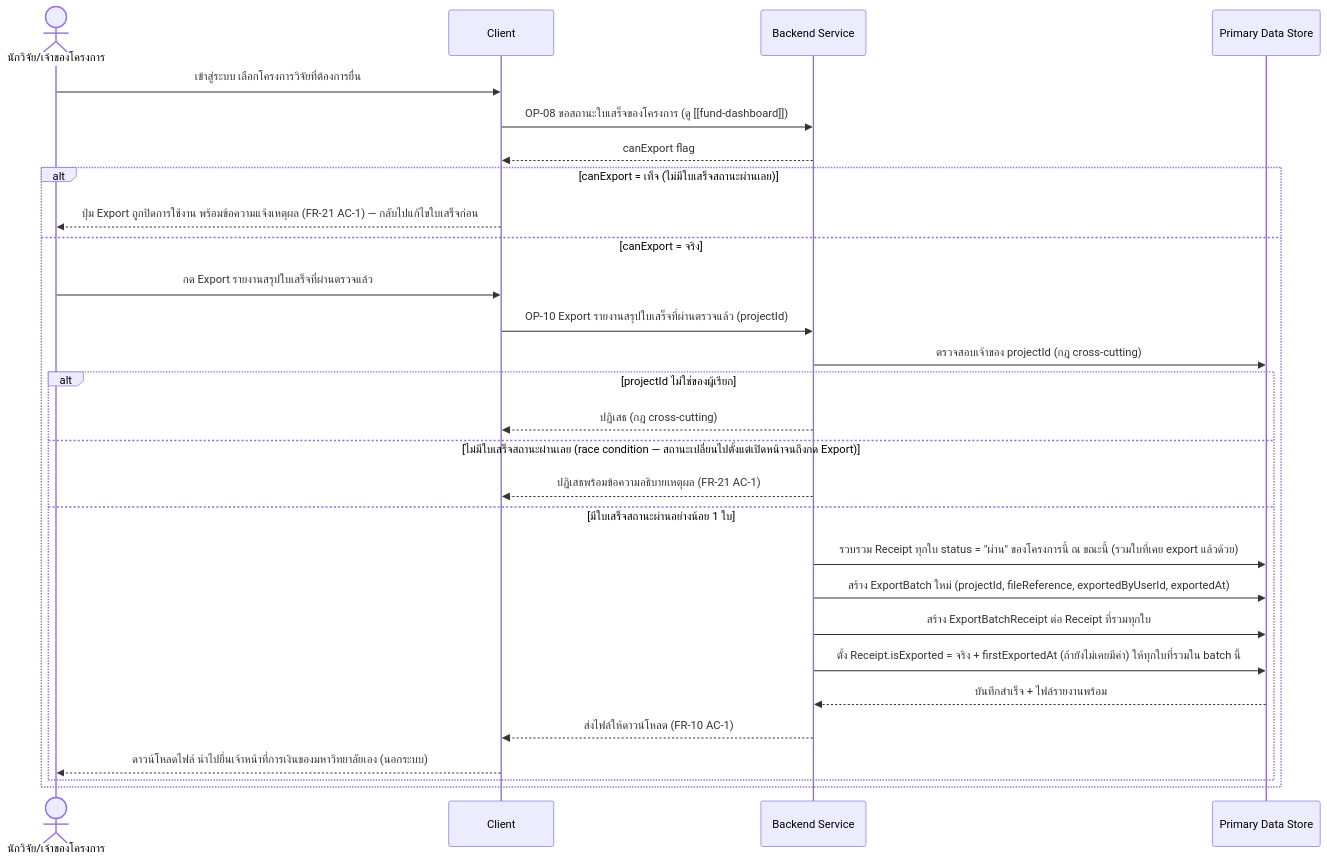
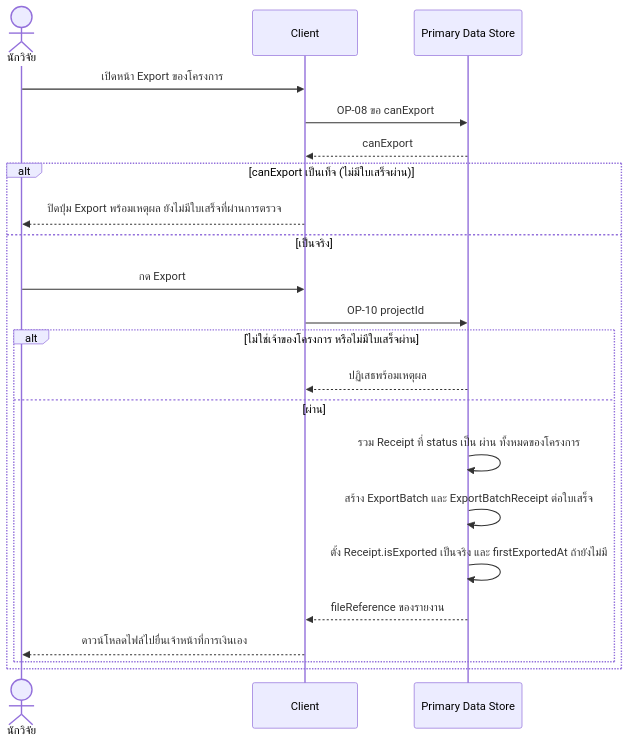
One commit to ptrsswnr/Grant-Receipt-Assistant changed the first of 2 diagrams in docs/02-design/02-technical/detailed-design/export-verified-report.md. Above: the diagram before and after it, drawn with Mermaid. The commit also changed other lines of this file and 27 other files, not shown here.

````diff
--- a/docs/02-design/02-technical/detailed-design/export-verified-report.md
+++ b/docs/02-design/02-technical/detailed-design/export-verified-report.md
@@ -31,31 +26,25 @@
 ```mermaid
 sequenceDiagram
-    actor R as นักวิจัย/เจ้าของโครงการ
+    actor R as นักวิจัย
     participant C as Client
-    participant B as Backend Service
     participant DS as Primary Data Store
 
-    R->>C: เข้าสู่ระบบ เลือกโครงการวิจัยที่ต้องการยื่น
-    C->>B: OP-08 ขอสถานะใบเสร็จของโครงการ (ดู [[fund-dashboard]])
-    B-->>C: canExport flag
-    alt canExport = เท็จ (ไม่มีใบเสร็จสถานะผ่านเลย)
-        C-->>R: ปุ่ม Export ถูกปิดการใช้งาน พร้อมข้อความแจ้งเหตุผล (FR-21 AC-1) — กลับไปแก้ไขใบเสร็จก่อน
-    else canExport = จริง
-        R->>C: กด Export รายงานสรุปใบเสร็จที่ผ่านตรวจแล้ว
-        C->>B: OP-10 Export รายงานสรุปใบเสร็จที่ผ่านตรวจแล้ว (projectId)
-        B->>DS: ตรวจสอบเจ้าของ projectId (กฎ cross-cutting)
-        alt projectId ไม่ใช่ของผู้เรียก
-            B-->>C: ปฏิเสธ (กฎ cross-cutting)
-        else ไม่มีใบเสร็จสถานะผ่านเลย (race condition — สถานะเปลี่ยนไปตั้งแต่เปิดหน้าจนถึงกด Export)
-            B-->>C: ปฏิเสธพร้อมข้อความอธิบายเหตุผล (FR-21 AC-1)
-        else มีใบเสร็จสถานะผ่านอย่างน้อย 1 ใบ
-            B->>DS: รวบรวม Receipt ทุกใบ status = "ผ่าน" ของโครงการนี้ ณ ขณะนี้ (รวมใบที่เคย export แล้วด้วย)
-            B->>DS: สร้าง ExportBatch ใหม่ (projectId, fileReference, exportedByUserId, exportedAt)
-            B->>DS: สร้าง ExportBatchReceipt ต่อ Receipt ที่รวมทุกใบ
-            B->>DS: ตั้ง Receipt.isExported = จริง + firstExportedAt (ถ้ายังไม่เคยมีค่า) ให้ทุกใบที่รวมใน batch นี้
-            DS-->>B: บันทึกสำเร็จ + ไฟล์รายงานพร้อม
-            B-->>C: ส่งไฟล์ให้ดาวน์โหลด (FR-10 AC-1)
-            C-->>R: ดาวน์โหลดไฟล์ นำไปยื่นเจ้าหน้าที่การเงินของมหาวิทยาลัยเอง (นอกระบบ)
+    R->>C: เปิดหน้า Export ของโครงการ
+    C->>DS: OP-08 ขอ canExport
+    DS-->>C: canExport
+    alt canExport เป็นเท็จ (ไม่มีใบเสร็จผ่าน)
+        C-->>R: ปิดปุ่ม Export พร้อมเหตุผล ยังไม่มีใบเสร็จที่ผ่านการตรวจ
+    else เป็นจริง
+        R->>C: กด Export
+        C->>DS: OP-10 projectId
+        alt ไม่ใช่เจ้าของโครงการ หรือไม่มีใบเสร็จผ่าน
+            DS-->>C: ปฏิเสธพร้อมเหตุผล
+        else ผ่าน
+            DS->>DS: รวม Receipt ที่ status เป็น ผ่าน ทั้งหมดของโครงการ
+            DS->>DS: สร้าง ExportBatch และ ExportBatchReceipt ต่อใบเสร็จ
+            DS->>DS: ตั้ง Receipt.isExported เป็นจริง และ firstExportedAt ถ้ายังไม่มี
+            DS-->>C: fileReference ของรายงาน
+            C-->>R: ดาวน์โหลดไฟล์ไปยื่นเจ้าหน้าที่การเงินเอง
         end
     end
 ```
````
